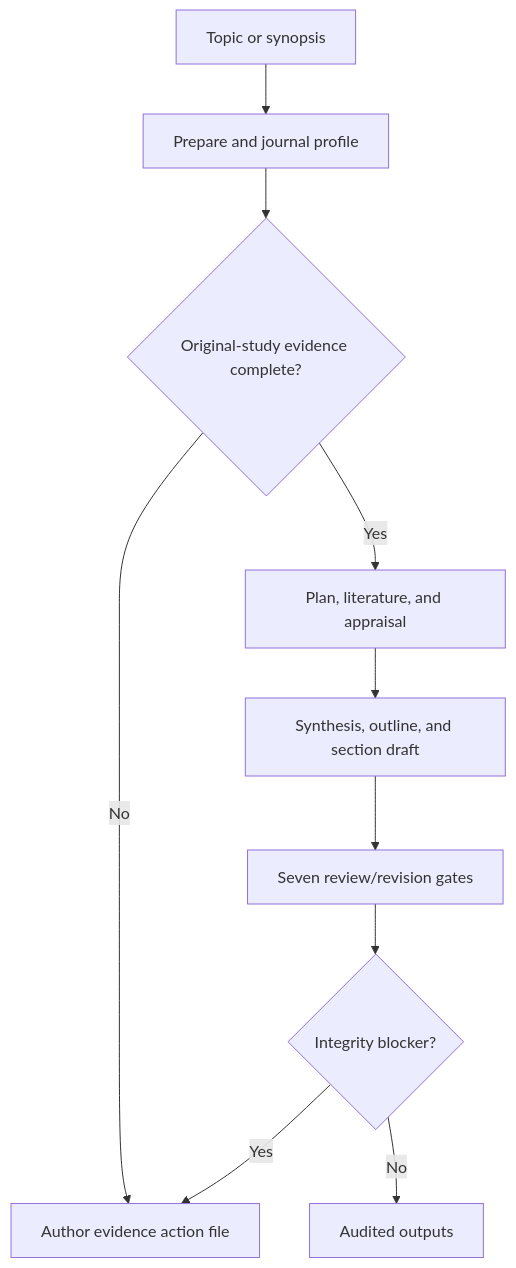
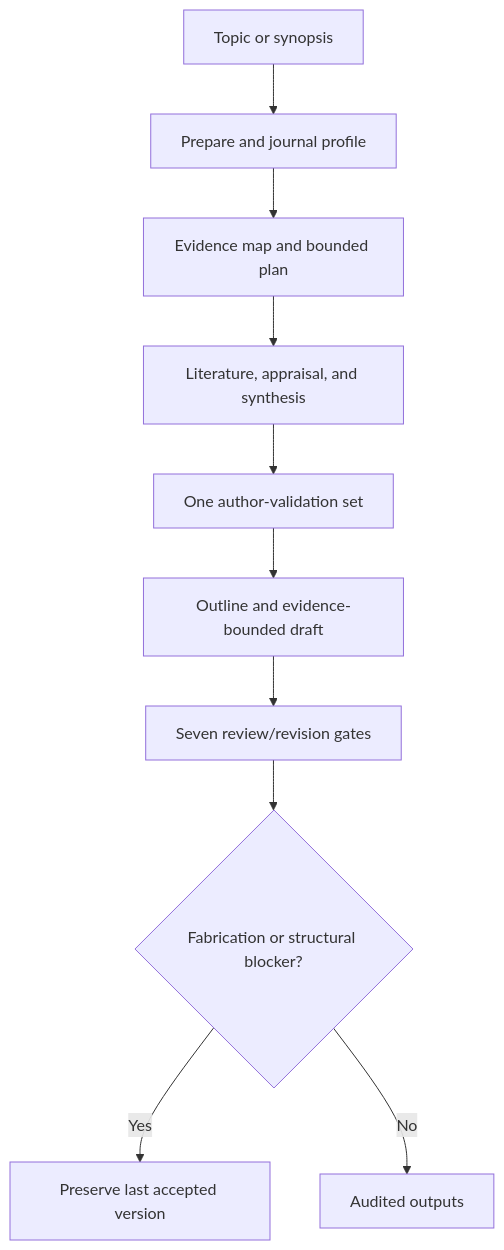
Before and after one commit to vsagar100/paperforge-agent: the first of 2 diagrams in docs/ARCHITECTURE.md, drawn with Mermaid. The commit also changed other lines of this file and 27 other files, not shown here.

Commit message:
Make PaperForge research-first with one-pass validation

````diff
--- a/docs/ARCHITECTURE.md
+++ b/docs/ARCHITECTURE.md
@@ -22,12 +22,12 @@
 ```mermaid
 flowchart TD
     A["Topic or synopsis"] --> B["Prepare and journal profile"]
-    B --> C{"Original-study evidence complete?"}
-    C -- No --> D["Author evidence action file"]
-    C -- Yes --> E["Plan, literature, and appraisal"]
-    E --> F["Synthesis, outline, and section draft"]
+    B --> C["Evidence map and bounded plan"]
+    C --> D["Literature, appraisal, and synthesis"]
+    D --> E["One author-validation set"]
+    E --> F["Outline and evidence-bounded draft"]
     F --> G["Seven review/revision gates"]
-    G --> H{"Integrity blocker?"}
-    H -- Yes --> D
-    H -- No --> I["Audited outputs"]
+    G --> H{"Fabrication or structural blocker?"}
+    H -- Yes --> I["Preserve last accepted version"]
+    H -- No --> J["Audited outputs"]
 ```
````
